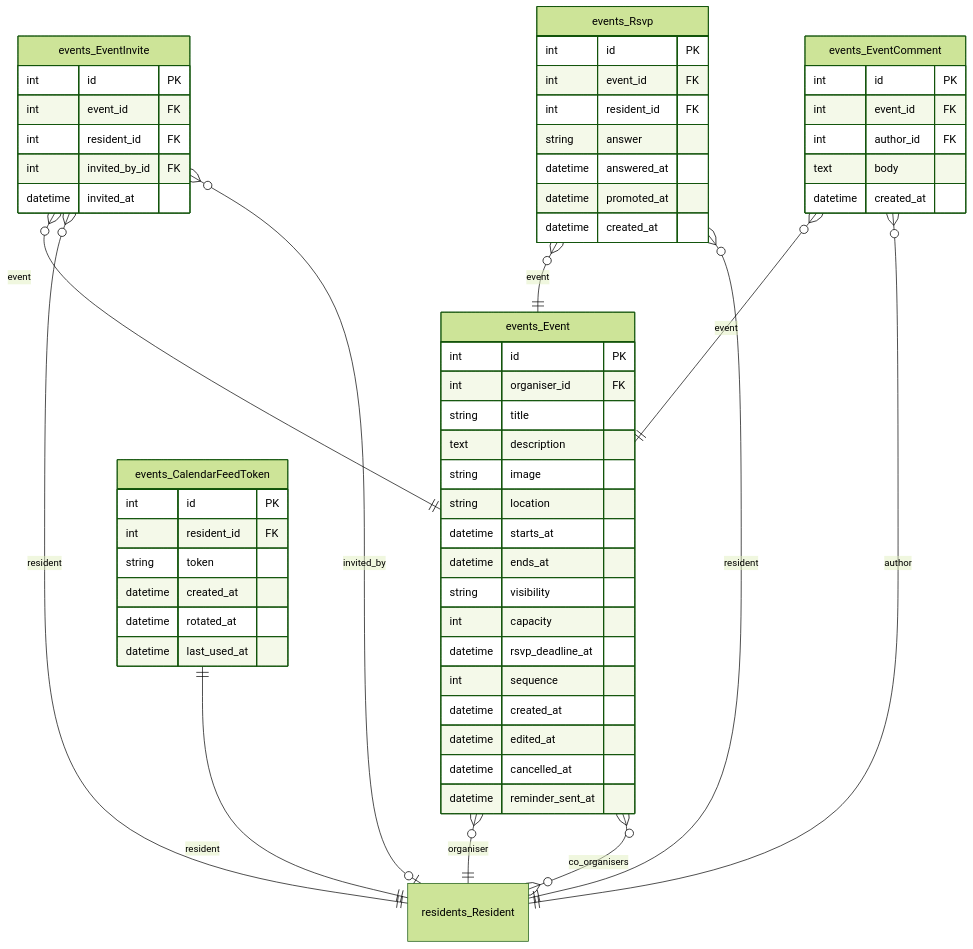
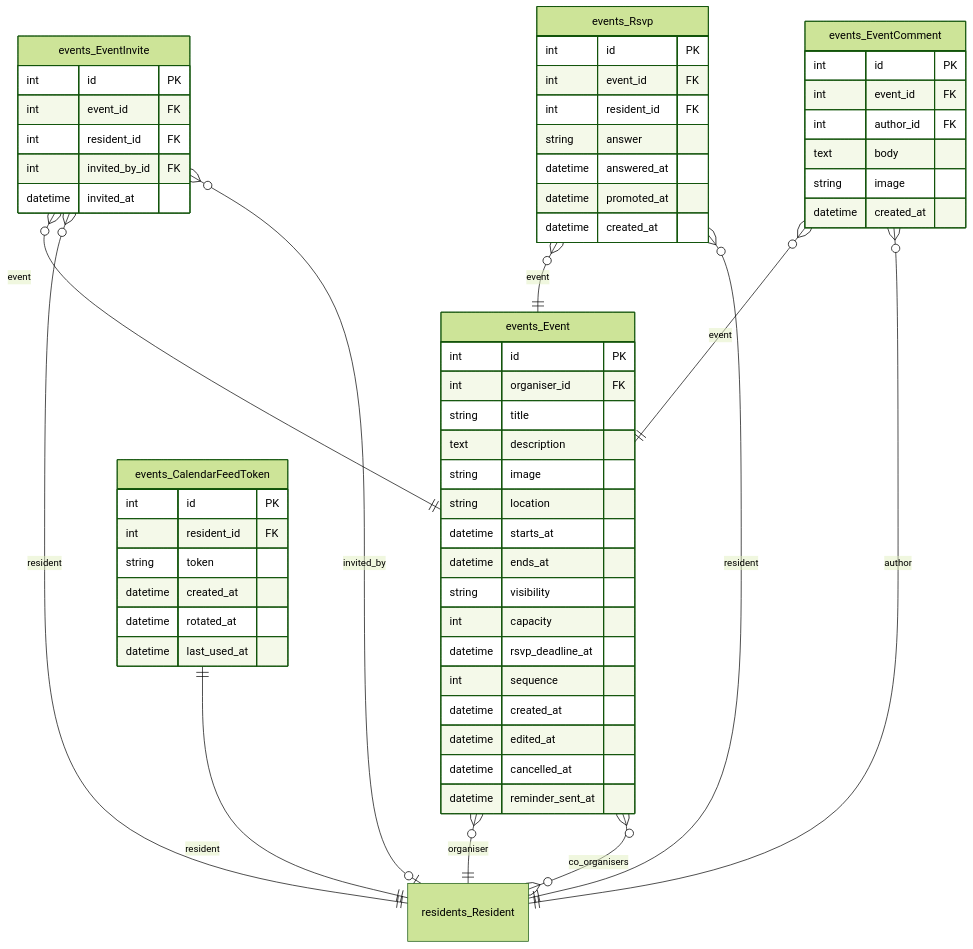
The eighth of 14 diagrams in docs/erd.md (GAHK-org/gahk_intern), drawn with Mermaid (forest theme) before and after one commit. The commit also changed other lines of this file and 27 other files, not shown here.

````diff
--- a/docs/erd.md
+++ b/docs/erd.md
@@ -884,69 +886,70 @@
 ```mermaid
 erDiagram
     events_Event {
         int id PK
         int organiser_id FK
         string title
         text description
         string image
         string location
         datetime starts_at
         datetime ends_at
         string visibility
         int capacity
         datetime rsvp_deadline_at
         int sequence
         datetime created_at
         datetime edited_at
         datetime cancelled_at
         datetime reminder_sent_at
     }
 
     events_EventInvite {
         int id PK
         int event_id FK
         int resident_id FK
         int invited_by_id FK
         datetime invited_at
     }
 
     events_Rsvp {
         int id PK
         int event_id FK
         int resident_id FK
         string answer
         datetime answered_at
         datetime promoted_at
         datetime created_at
     }
 
     events_EventComment {
         int id PK
         int event_id FK
         int author_id FK
         text body
+        string image
         datetime created_at
     }
 
     events_CalendarFeedToken {
         int id PK
         int resident_id FK
         string token
         datetime created_at
         datetime rotated_at
         datetime last_used_at
     }
 
     residents_Resident { }
 
     events_Event }o--|| residents_Resident : "organiser"
     events_Event }o--o{ residents_Resident : "co_organisers"
     events_EventInvite }o--|| events_Event : "event"
     events_EventInvite }o--|| residents_Resident : "resident"
     events_EventInvite }o--|o residents_Resident : "invited_by"
     events_Rsvp }o--|| events_Event : "event"
     events_Rsvp }o--|| residents_Resident : "resident"
     events_EventComment }o--|| events_Event : "event"
     events_EventComment }o--|| residents_Resident : "author"
     events_CalendarFeedToken ||--|| residents_Resident : "resident"
 ```
````
